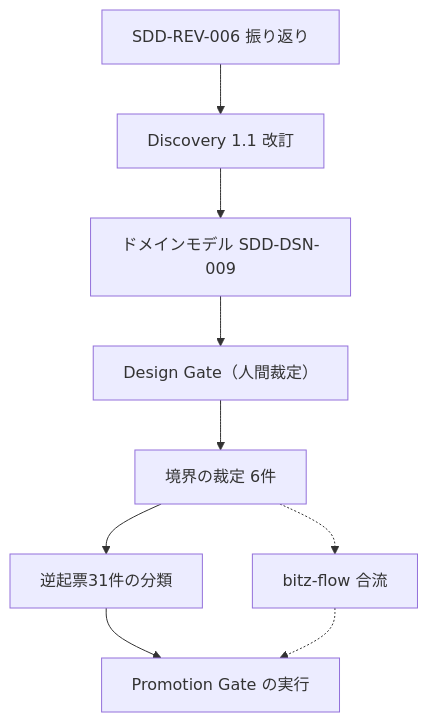
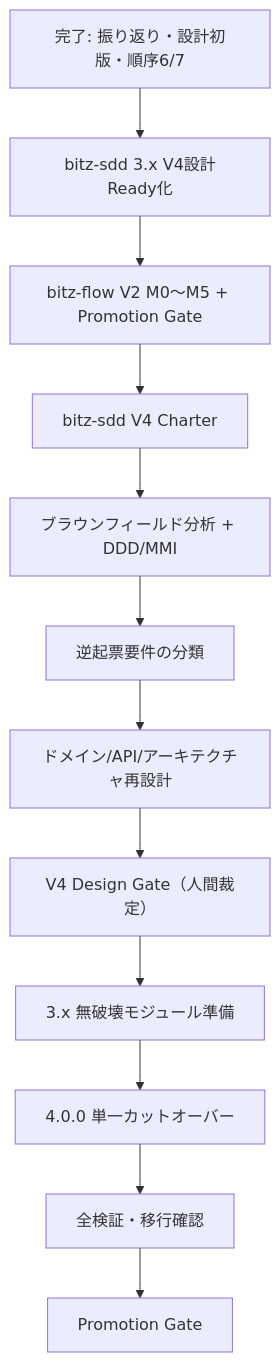
One commit to BitzLabs/BitzSkills changed the diagram in plugins/bitz-sdd/.spec/ROADMAP.md. Above: the diagram before and after it, drawn with Mermaid. The commit also changed other lines of this file, not shown here.

First line of the commit message:
docs(bitz-sdd): V4仮ロードマップと移行順序を策定 (#144)

````diff
--- a/plugins/bitz-sdd/.spec/ROADMAP.md
+++ b/plugins/bitz-sdd/.spec/ROADMAP.md
@@ -28,11 +327,14 @@
 ```mermaid
 graph TD
-    R6["SDD-REV-006 振り返り"] --> D["Discovery 1.1 改訂"]
-    D --> M["ドメインモデル SDD-DSN-009"]
-    M --> G["Design Gate（人間裁定）"]
-    G --> B1["境界の裁定 6件"]
-    B1 --> C["逆起票31件の分類"]
-    C --> P["Promotion Gate の実行"]
-    B1 -.-> F["bitz-flow 合流"]
-    F -.-> P
+    A["完了: 振り返り・設計初版・順序6/7"] --> S["bitz-sdd 3.x V4設計Ready化"]
+    S --> F["bitz-flow V2 M0〜M5 + Promotion Gate"]
+    F --> C["bitz-sdd V4 Charter"]
+    C --> B["ブラウンフィールド分析 + DDD/MMI"]
+    B --> R["逆起票要件の分類"]
+    R --> D["ドメイン/API/アーキテクチャ再設計"]
+    D --> G["V4 Design Gate（人間裁定）"]
+    G --> P["3.x 無破壊モジュール準備"]
+    P --> V["4.0.0 単一カットオーバー"]
+    V --> Q["全検証・移行確認"]
+    Q --> M["Promotion Gate"]
 ```
````
